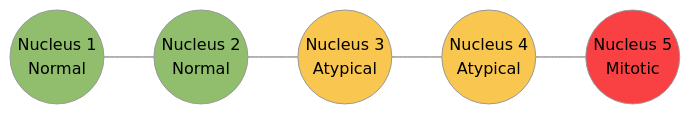
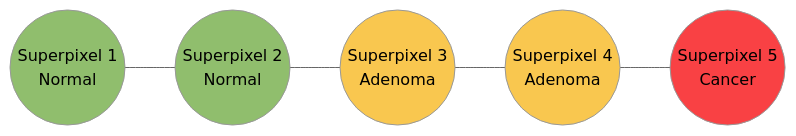
Diagram 13 of 13 in slides.md (phiwi/graphnn_lecture), drawn with Mermaid (neutral theme) before and after one commit. The commit also changed other lines of this file, not shown here.

````diff
--- a/slides.md
+++ b/slides.md
@@ -1552,13 +1867,13 @@
 ```mermaid
 graph LR
-  N1((Nucleus 1<br/>Normal)) --- N2((Nucleus 2<br/>Normal))
-  N2 --- N3((Nucleus 3<br/>Atypical))
-  N3 --- N4((Nucleus 4<br/>Atypical))
-  N4 --- N5((Nucleus 5<br/>Mitotic))
+  SP1((Superpixel 1<br/>Normal)) --- SP2((Superpixel 2<br/>Normal))
+  SP2 --- SP3((Superpixel 3<br/>Adenoma))
+  SP3 --- SP4((Superpixel 4<br/>Adenoma))
+  SP4 --- SP5((Superpixel 5<br/>Cancer))
   
-  style N1 fill:#90be6d
-  style N2 fill:#90be6d
-  style N3 fill:#f9c74f
-  style N4 fill:#f9c74f
-  style N5 fill:#f94144
+  style SP1 fill:#90be6d
+  style SP2 fill:#90be6d
+  style SP3 fill:#f9c74f
+  style SP4 fill:#f9c74f
+  style SP5 fill:#f94144
 ```
````
